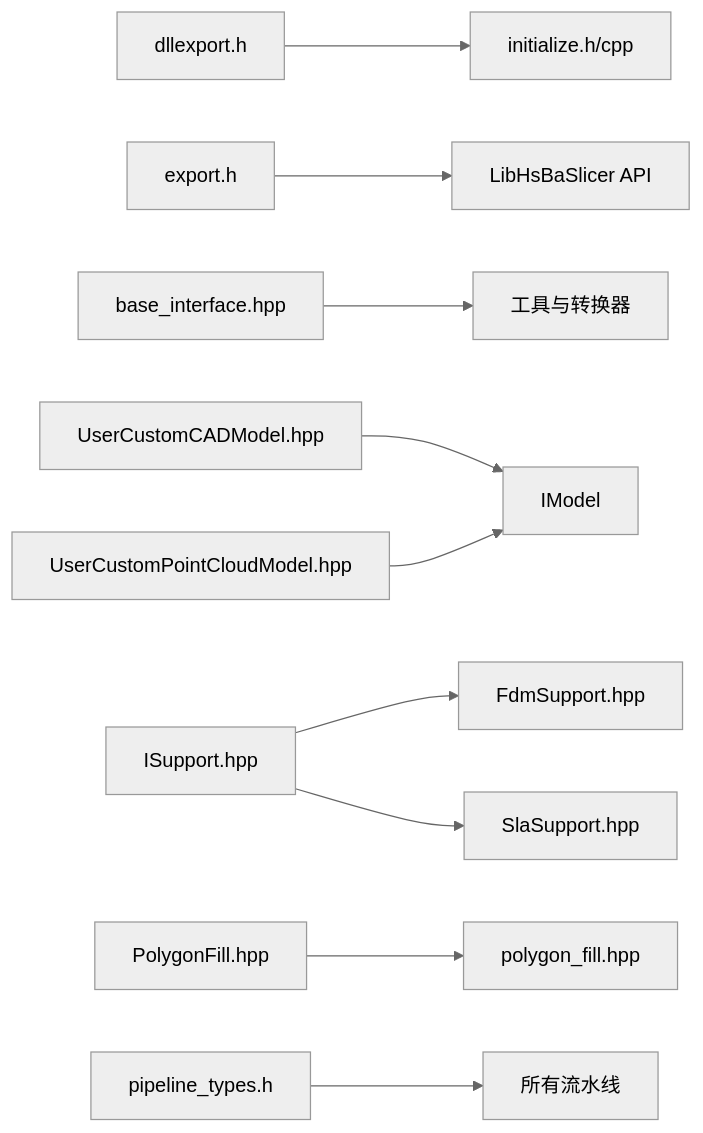
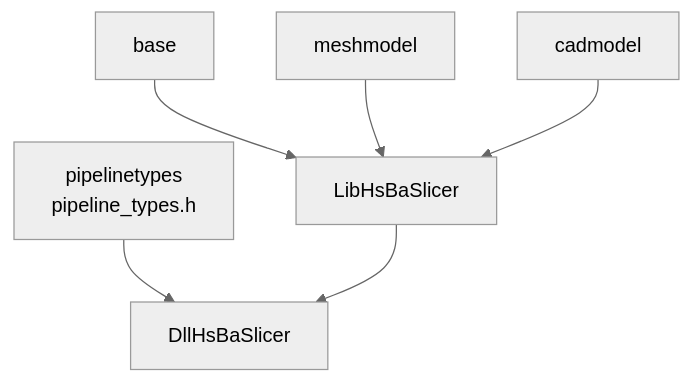
One commit to hsmbanlance/HsBaSlicer changed the sixth of 6 diagrams in .qoder/repowiki/zh/content/扩展开发指南/扩展开发指南.md. Above: the diagram before and after it, drawn with Mermaid (neutral theme). The commit also changed other lines of this file and 1095 other files, not shown here.

````diff
--- a/.qoder/repowiki/zh/content/扩展开发指南/扩展开发指南.md
+++ b/.qoder/repowiki/zh/content/扩展开发指南/扩展开发指南.md
@@ -338,12 +244,8 @@
 ```mermaid
-graph LR
-DLLEXP["dllexport.h"] --> INIT["initialize.h/cpp"]
-LIBEXP["export.h"] --> COREAPI["LibHsBaSlicer API"]
-BASEIF["base_interface.hpp"] --> UTILS["工具与转换器"]
-CADMOD["UserCustomCADModel.hpp"] --> IMODEL["IModel"]
-PCLMOD["UserCustomPointCloudModel.hpp"] --> IMODEL
-SUPPORTIF["ISupport.hpp"] --> FDM["FdmSupport.hpp"]
-SUPPORTIF --> SLA["SlaSupport.hpp"]
-FILLPOLY["PolygonFill.hpp"] --> LIBFILL["polygon_fill.hpp"]
-PIPE["pipeline_types.h"] --> ALL["所有流水线"]
+graph TB
+P["pipelinetypes<br/>pipeline_types.h"] --> D["DllHsBaSlicer"]
+L["LibHsBaSlicer"] --> D
+B["base"] --> L
+M["meshmodel"] --> L
+C["cadmodel"] --> L
 ```
````
